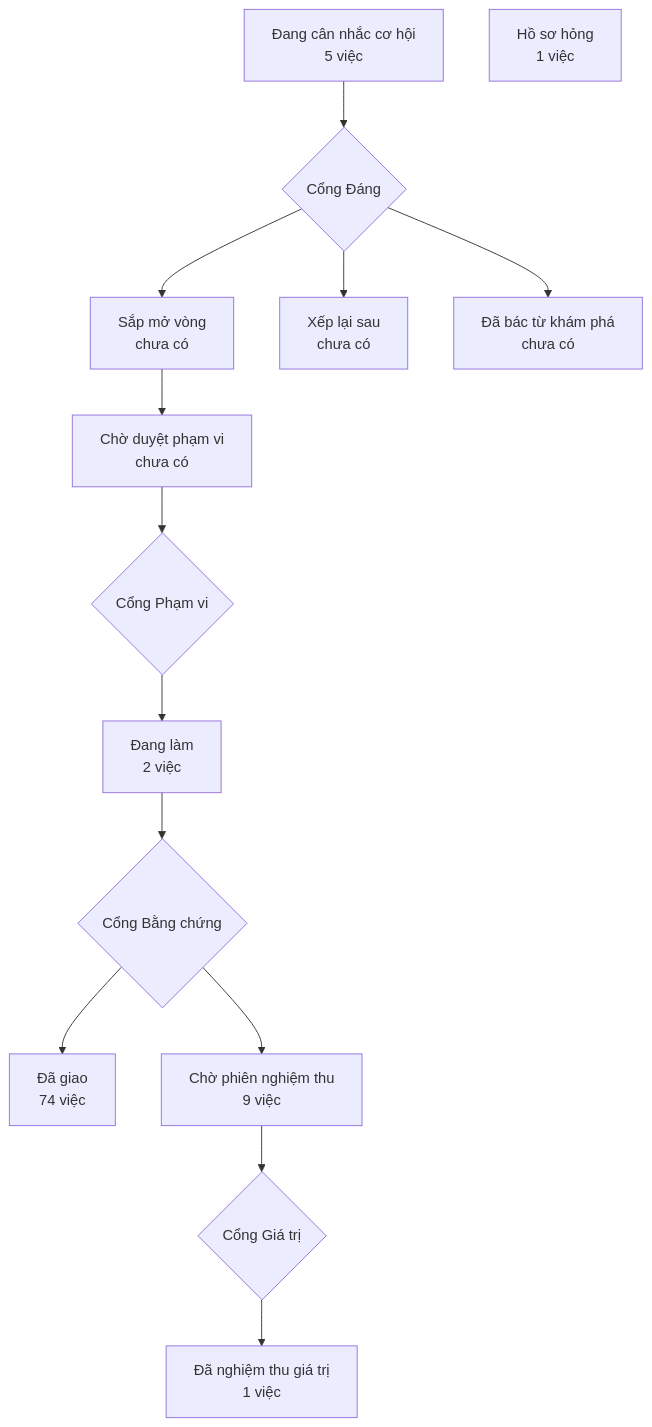
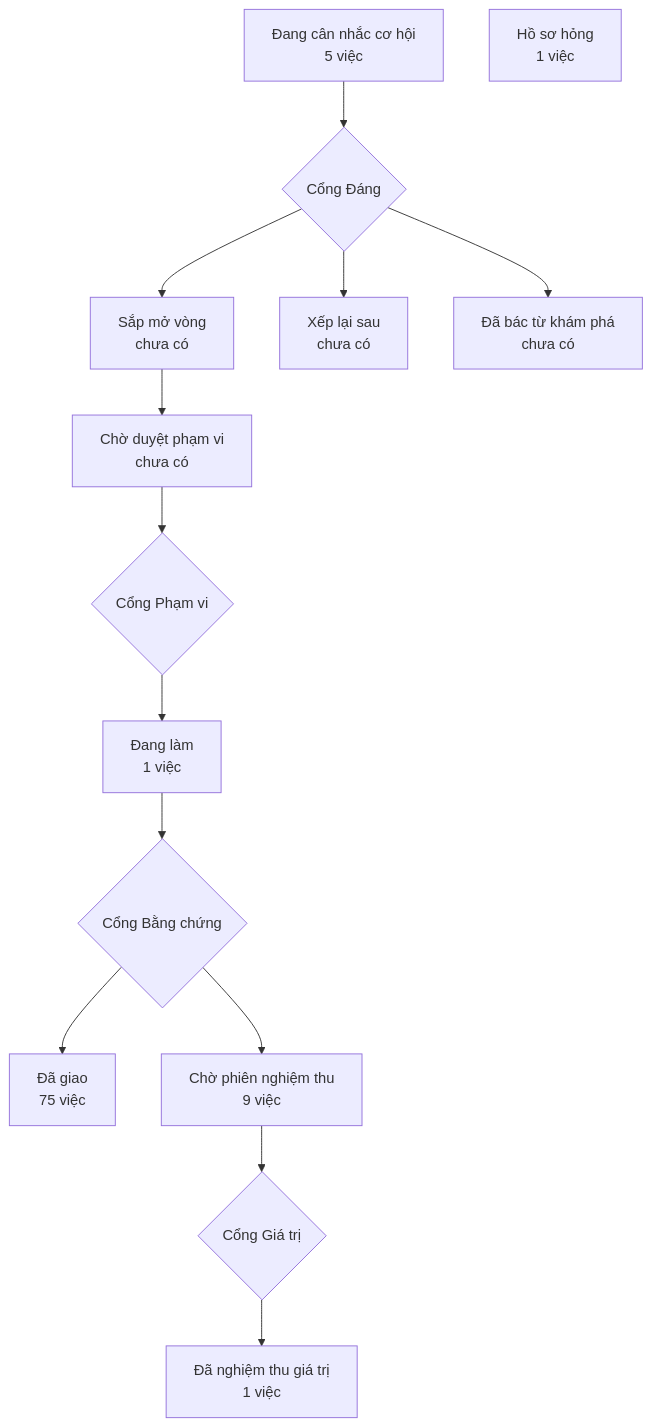
The diagram in PRODUCT-MAP.md (phanlemanh/crm-onehub), drawn with Mermaid before and after one commit. The commit also changed 3 other files, not shown here.

````diff
--- a/PRODUCT-MAP.md
+++ b/PRODUCT-MAP.md
@@ -6,13 +6,13 @@
 ```mermaid
 flowchart TD
   A["Đang cân nhắc cơ hội<br/>5 việc"] --> GD{"Cổng Đáng"}
   GD --> B["Sắp mở vòng<br/>chưa có"]
   GD --> XL["Xếp lại sau<br/>chưa có"]
   GD --> DB["Đã bác từ khám phá<br/>chưa có"]
   B --> CD["Chờ duyệt phạm vi<br/>chưa có"] --> GP{"Cổng Phạm vi"}
-  GP --> DL["Đang làm<br/>2 việc"] --> GB{"Cổng Bằng chứng"}
-  GB --> DG["Đã giao<br/>74 việc"]
+  GP --> DL["Đang làm<br/>1 việc"] --> GB{"Cổng Bằng chứng"}
+  GB --> DG["Đã giao<br/>75 việc"]
   GB --> CN["Chờ phiên nghiệm thu<br/>9 việc"] --> GG{"Cổng Giá trị"}
   GG --> NT["Đã nghiệm thu giá trị<br/>1 việc"]
   HS["Hồ sơ hỏng<br/>1 việc"]
 ```
````
